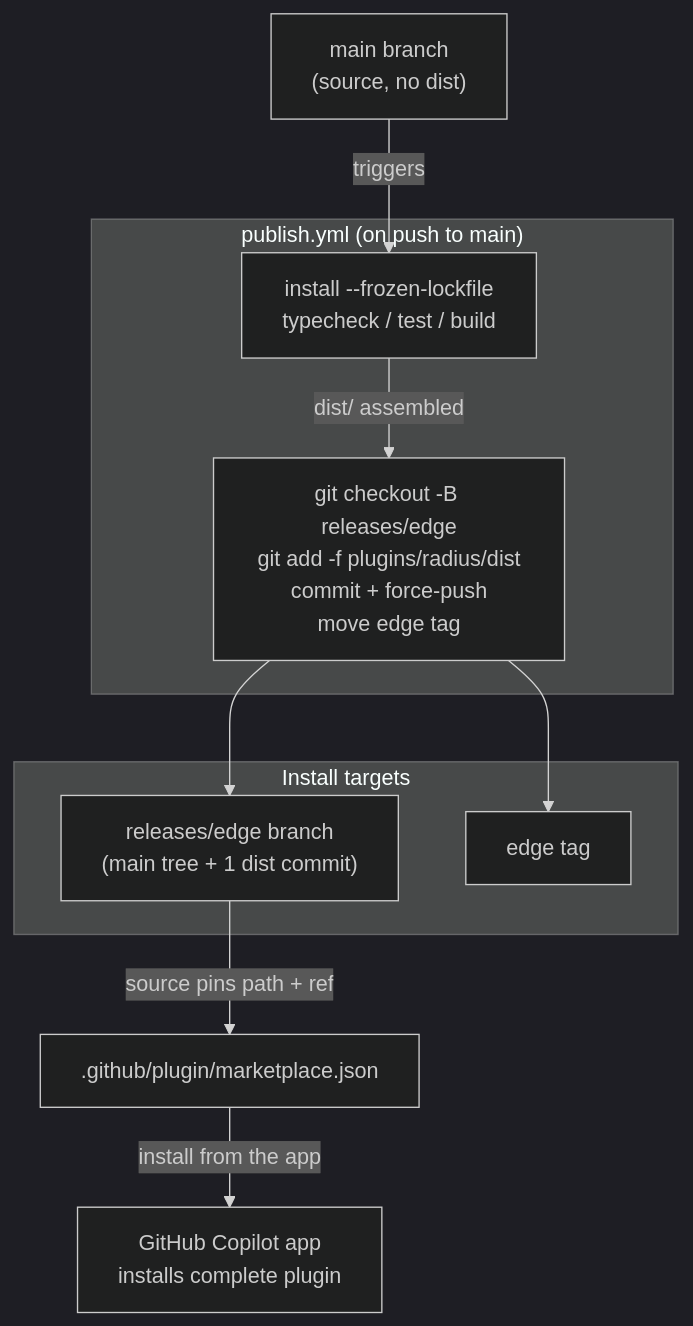
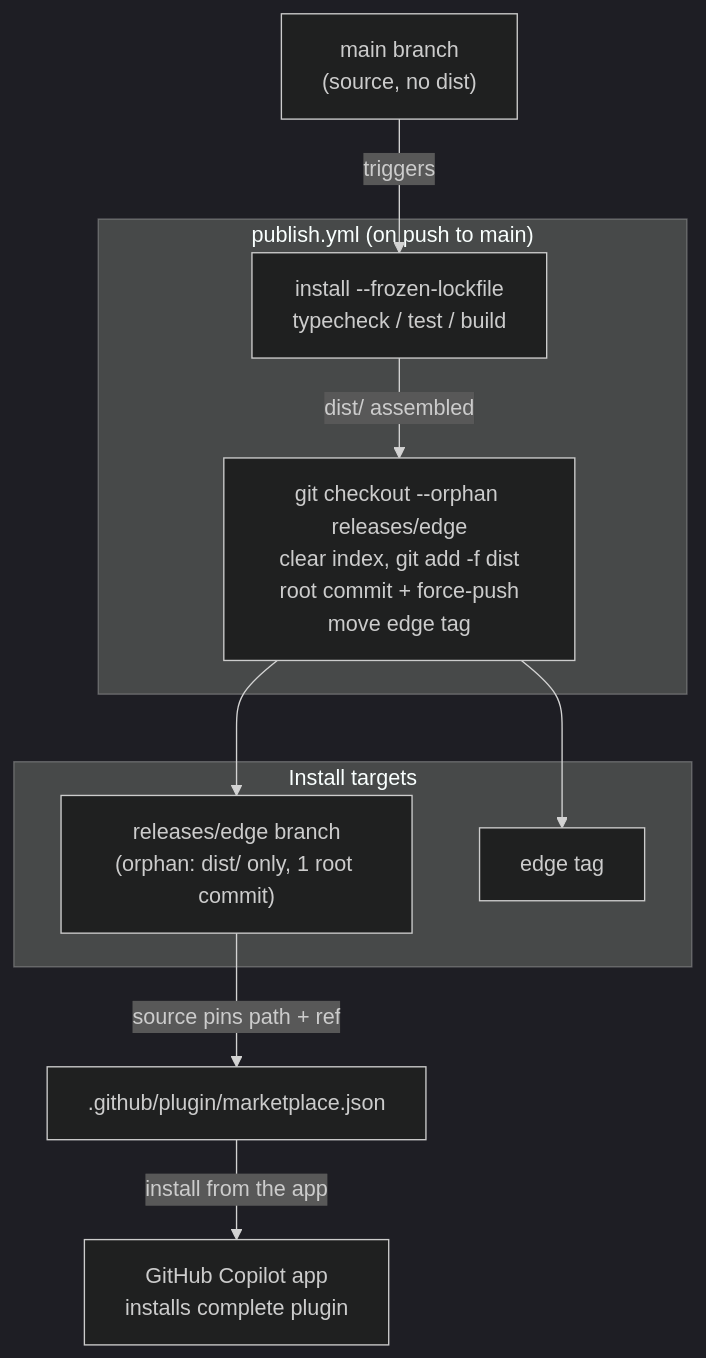
Before and after one commit to radius-project/ai-extensions: the second of 2 diagrams in docs/architecture/plugin-packaging-and-publishing.md, drawn with Mermaid (dark theme). The commit also changed other lines of this file and 7 other files, not shown here.

````diff
--- a/docs/architecture/plugin-packaging-and-publishing.md
+++ b/docs/architecture/plugin-packaging-and-publishing.md
@@ -84,21 +84,21 @@
 ```mermaid
 graph TD
     subgraph CI["publish.yml (on push to main)"]
         Steps["install --frozen-lockfile<br/>typecheck / test / build"]
-        Assemble["git checkout -B releases/edge<br/>git add -f plugins/radius/dist<br/>commit + force-push<br/>move edge tag"]
+        Assemble["git checkout --orphan releases/edge<br/>clear index, git add -f dist<br/>root commit + force-push<br/>move edge tag"]
     end
 
     Main["main branch<br/>(source, no dist)"] -->|triggers| Steps
     Steps -->|dist/ assembled| Assemble
 
     subgraph Published["Install targets"]
-        Release["releases/edge branch<br/>(main tree + 1 dist commit)"]
+        Release["releases/edge branch<br/>(orphan: dist/ only, 1 root commit)"]
         Edge["edge tag"]
     end
 
     Assemble --> Release
     Assemble --> Edge
 
     Release -->|source pins path + ref| MP[".github/plugin/marketplace.json"]
     MP -->|install from the app| Install["GitHub Copilot app<br/>installs complete plugin"]
 ```
````
